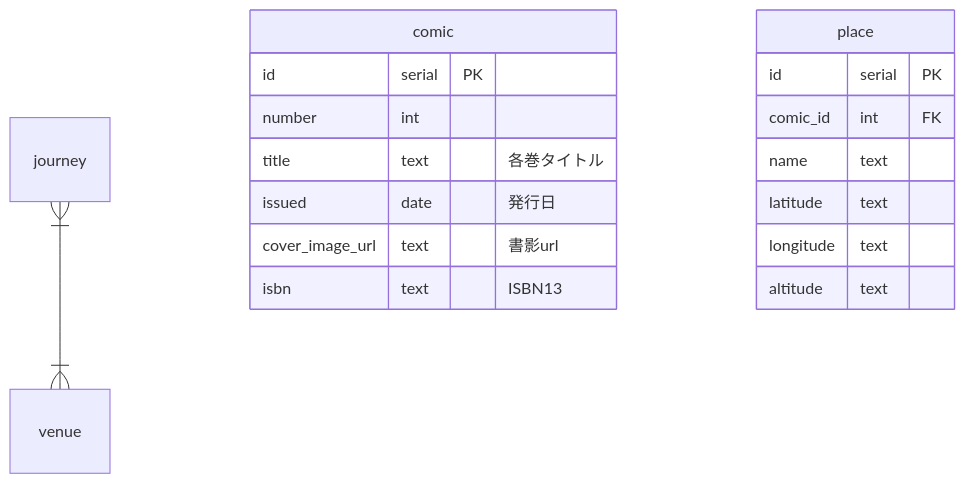
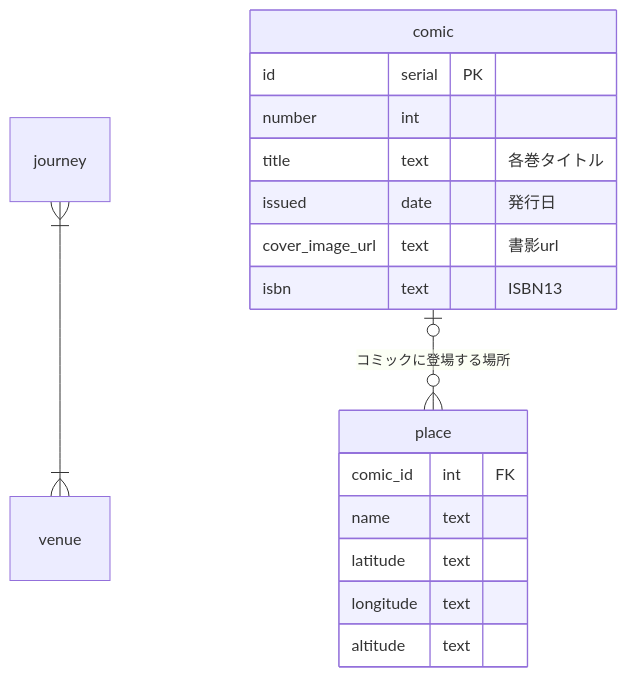
One commit to isnot/mermaid2django changed the diagram in README.md. Above: the diagram before and after it, drawn with Mermaid.

Commit message:
docs: update sample

````diff
--- a/README.md
+++ b/README.md
@@ -77,29 +77,30 @@
 ```mermaid
 erDiagram
     journey }|--|{ venue : ""
+    comic |o--o{ place : "コミックに登場する場所"
 
 %% comic コミック単行本 1巻、2巻、…
 comic {
     id serial PK
     %% 第n巻
     number int
     %% 例：ざつ旅-That's Journey- 1
     title text "各巻タイトル"
     %% 巻末の奥付にある、初版発行日
     issued date "発行日"
     %% 版元ドットコムの書誌情報DBより
     cover_image_url text "書影url"
     isbn text "ISBN13"
 }
 
 %% place 場所 例:東京タワー、等
 place {
-    id serial PK
+    %% comic コミックに登場する場所
     %% コミックに登場する場所
     comic_id int FK
     name text
     latitude text
     longitude text
     altitude text
 }
 ```
````
